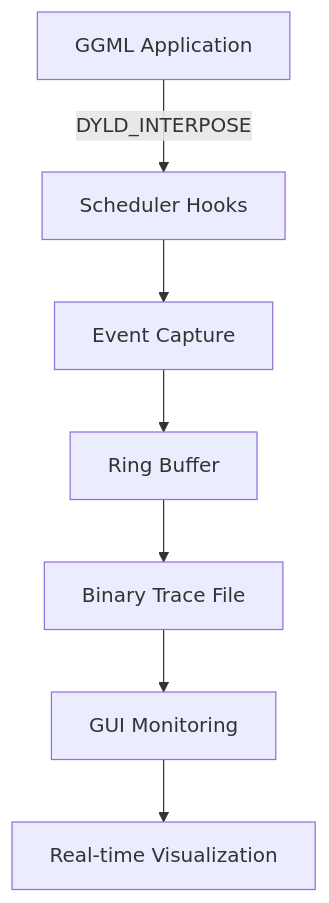
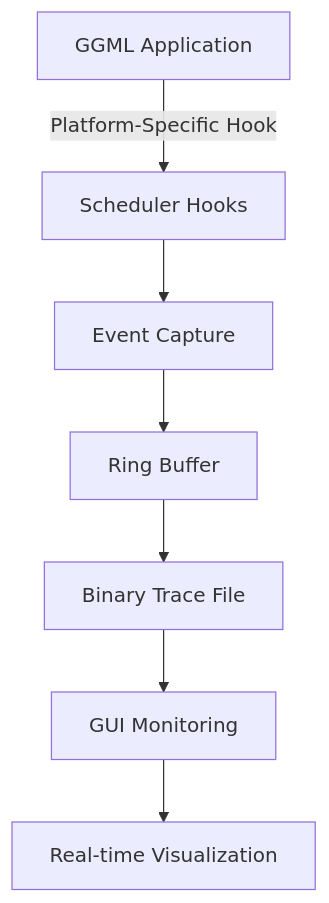
Before and after one commit to brodheadw/ggml-viz: the diagram in README.md, drawn with Mermaid. The commit also changed other lines of this file, not shown here.

````diff
--- a/README.md
+++ b/README.md
@@ -301,9 +326,9 @@
 ```mermaid
 graph TD
-    A[GGML Application] -->|DYLD_INTERPOSE| B[Scheduler Hooks]
+    A[GGML Application] -->|Platform-Specific Hook| B[Scheduler Hooks]
     B --> C[Event Capture]
     C --> D[Ring Buffer]
     D --> E[Binary Trace File]
     E --> F[GUI Monitoring]
     F --> G[Real-time Visualization]
 ```
````
